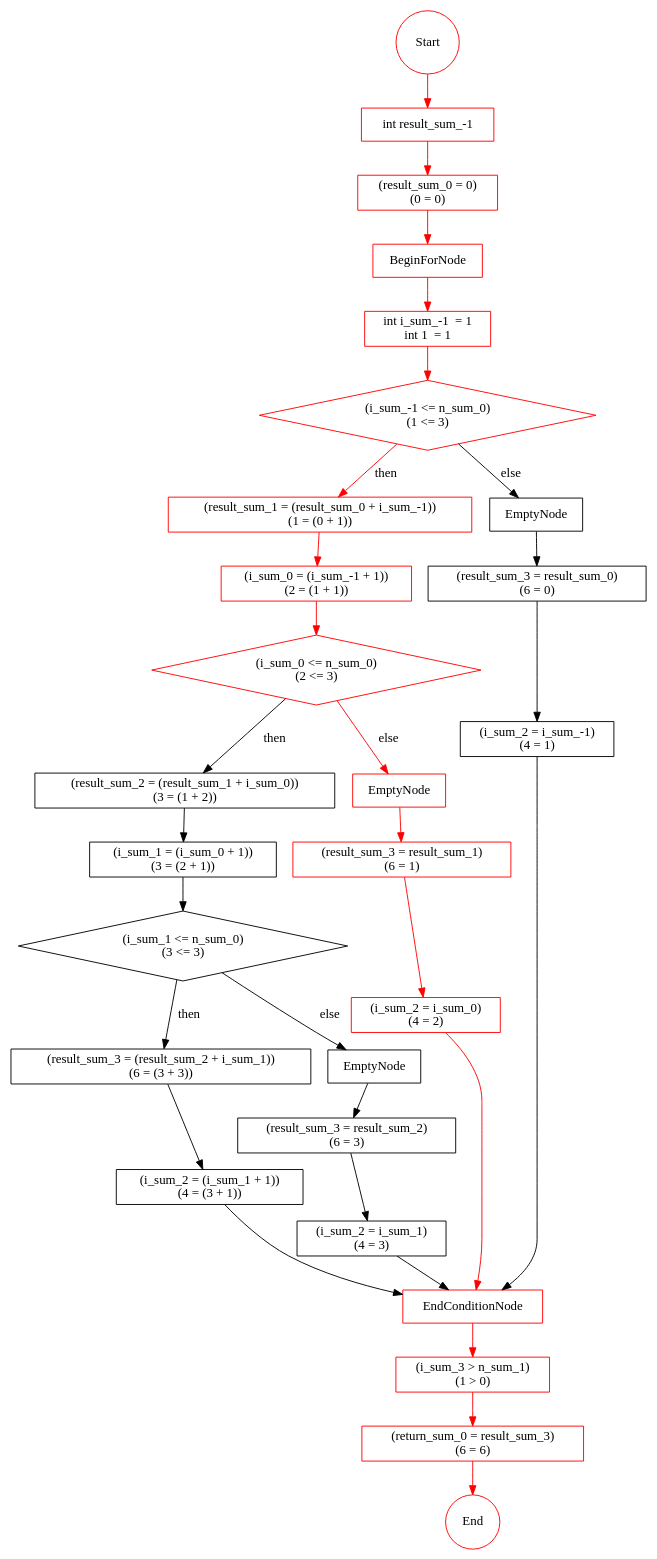
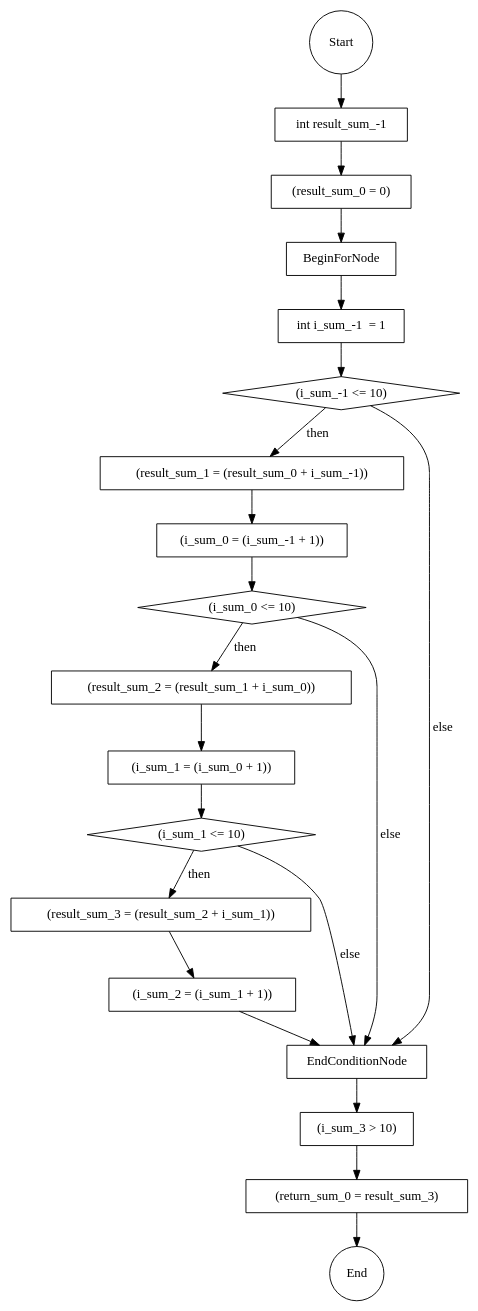
The diagram in graph.dot (vananhnt/Vtse-VerificationTool), drawn with Graphviz before and after one commit. The commit also changed 2 other files, not shown here.

```diff
--- a/graph.dot
+++ b/graph.dot
@@ -1,145 +1,55 @@
 strict digraph {
 Start[label="Start" shape=circle];
-"Start" -> "int result_sum_-1 1724427546";
-"int result_sum_-1 1724427546" -> "(result_sum_0 = 0)999502537";
-"int result_sum_-1 1724427546" [ label="int result_sum_-1 " shape=rectangle];
-"(result_sum_0 = 0)999502537" [ label="(result_sum_0 = 0)
-(0 = 0)" shape=rectangle];
-"(result_sum_0 = 0)999502537" -> "939811291";
-"(result_sum_0 = 0)999502537" [ label="(result_sum_0 = 0)
-(0 = 0)" shape=rectangle];
-"939811291" [ label="BeginForNode" shape=rectangle];
-"939811291" -> "int i_sum_-1  = 1785611321";
-"939811291" [ label="BeginForNode" shape=rectangle];
-"int i_sum_-1  = 1785611321" [ label="int i_sum_-1  = 1
-int 1  = 1" shape=rectangle];
-"int i_sum_-1  = 1785611321" -> "(i_sum_-1 <= n_sum_0)231776900";
-"int i_sum_-1  = 1785611321" [ label="int i_sum_-1  = 1
-int 1  = 1" shape=rectangle];
-"(i_sum_-1 <= n_sum_0)231776900" [ label="(i_sum_-1 <= n_sum_0)
-(1 <= 3)" shape=rectangle];
-"(i_sum_-1 <= n_sum_0)231776900" [ shape=diamond ];
-"(i_sum_-1 <= n_sum_0)231776900" -> "(result_sum_1 = (result_sum_0 + i_sum_-1))804768909"[ label="then" ];
-"(result_sum_1 = (result_sum_0 + i_sum_-1))804768909" -> "(i_sum_0 = (i_sum_-1 + 1))887515665";
-"(result_sum_1 = (result_sum_0 + i_sum_-1))804768909" [ label="(result_sum_1 = (result_sum_0 + i_sum_-1))
-(1 = (0 + 1))" shape=rectangle];
-"(i_sum_0 = (i_sum_-1 + 1))887515665" [ label="(i_sum_0 = (i_sum_-1 + 1))
-(2 = (1 + 1))" shape=rectangle];
-"(i_sum_0 = (i_sum_-1 + 1))887515665" -> "(i_sum_0 <= n_sum_0)22137862";
-"(i_sum_0 = (i_sum_-1 + 1))887515665" [ label="(i_sum_0 = (i_sum_-1 + 1))
-(2 = (1 + 1))" shape=rectangle];
-"(i_sum_0 <= n_sum_0)22137862" [ label="(i_sum_0 <= n_sum_0)
-(2 <= 3)" shape=rectangle];
-"(i_sum_0 <= n_sum_0)22137862" [ shape=diamond ];
-"(i_sum_0 <= n_sum_0)22137862" -> "(result_sum_2 = (result_sum_1 + i_sum_0))161319466"[ label="then" ];
-"(result_sum_2 = (result_sum_1 + i_sum_0))161319466" -> "(i_sum_1 = (i_sum_0 + 1))404732976";
-"(result_sum_2 = (result_sum_1 + i_sum_0))161319466" [ label="(result_sum_2 = (result_sum_1 + i_sum_0))
-(3 = (1 + 2))" shape=rectangle];
-"(i_sum_1 = (i_sum_0 + 1))404732976" [ label="(i_sum_1 = (i_sum_0 + 1))
-(3 = (2 + 1))" shape=rectangle];
-"(i_sum_1 = (i_sum_0 + 1))404732976" -> "(i_sum_1 <= n_sum_0)523168704";
-"(i_sum_1 = (i_sum_0 + 1))404732976" [ label="(i_sum_1 = (i_sum_0 + 1))
-(3 = (2 + 1))" shape=rectangle];
-"(i_sum_1 <= n_sum_0)523168704" [ label="(i_sum_1 <= n_sum_0)
-(3 <= 3)" shape=rectangle];
-"(i_sum_1 <= n_sum_0)523168704" [ shape=diamond ];
-"(i_sum_1 <= n_sum_0)523168704" -> "(result_sum_3 = (result_sum_2 + i_sum_1))277886431"[ label="then" ];
-"(result_sum_3 = (result_sum_2 + i_sum_1))277886431" -> "(i_sum_2 = (i_sum_1 + 1))1975066941";
-"(result_sum_3 = (result_sum_2 + i_sum_1))277886431" [ label="(result_sum_3 = (result_sum_2 + i_sum_1))
-(6 = (3 + 3))" shape=rectangle];
-"(i_sum_2 = (i_sum_1 + 1))1975066941" [ label="(i_sum_2 = (i_sum_1 + 1))
-(4 = (3 + 1))" shape=rectangle];
-"(i_sum_2 = (i_sum_1 + 1))1975066941" -> "279117190";
-"(i_sum_2 = (i_sum_1 + 1))1975066941" [ label="(i_sum_2 = (i_sum_1 + 1))
-(4 = (3 + 1))" shape=rectangle];
-"279117190" [ label="EndConditionNode" shape=rectangle];
-"(i_sum_1 <= n_sum_0)523168704" -> "320117797"[ label="else" ];
-"320117797" -> "(result_sum_3 = result_sum_2)879935364";
-"320117797" [ label="EmptyNode" shape=rectangle];
-"(result_sum_3 = result_sum_2)879935364" [ label="(result_sum_3 = result_sum_2)
-(6 = 3)" shape=rectangle];
-"(result_sum_3 = result_sum_2)879935364" -> "(i_sum_2 = i_sum_1)1015317708";
-"(result_sum_3 = result_sum_2)879935364" [ label="(result_sum_3 = result_sum_2)
-(6 = 3)" shape=rectangle];
-"(i_sum_2 = i_sum_1)1015317708" [ label="(i_sum_2 = i_sum_1)
-(4 = 3)" shape=rectangle];
-"(i_sum_2 = i_sum_1)1015317708" -> "279117190";
-"(i_sum_2 = i_sum_1)1015317708" [ label="(i_sum_2 = i_sum_1)
-(4 = 3)" shape=rectangle];
-"279117190" [ label="EndConditionNode" shape=rectangle];
-"(i_sum_0 <= n_sum_0)22137862" -> "1183318274"[ label="else" ];
-"1183318274" -> "(result_sum_3 = result_sum_1)1909086274";
-"1183318274" [ label="EmptyNode" shape=rectangle];
-"(result_sum_3 = result_sum_1)1909086274" [ label="(result_sum_3 = result_sum_1)
-(6 = 1)" shape=rectangle];
-"(result_sum_3 = result_sum_1)1909086274" -> "(i_sum_2 = i_sum_0)1348814688";
-"(result_sum_3 = result_sum_1)1909086274" [ label="(result_sum_3 = result_sum_1)
-(6 = 1)" shape=rectangle];
-"(i_sum_2 = i_sum_0)1348814688" [ label="(i_sum_2 = i_sum_0)
-(4 = 2)" shape=rectangle];
-"(i_sum_2 = i_sum_0)1348814688" -> "279117190";
-"(i_sum_2 = i_sum_0)1348814688" [ label="(i_sum_2 = i_sum_0)
-(4 = 2)" shape=rectangle];
-"279117190" [ label="EndConditionNode" shape=rectangle];
-"(i_sum_-1 <= n_sum_0)231776900" -> "1222576964"[ label="else" ];
-"1222576964" -> "(result_sum_3 = result_sum_0)1322881868";
-"1222576964" [ label="EmptyNode" shape=rectangle];
-"(result_sum_3 = result_sum_0)1322881868" [ label="(result_sum_3 = result_sum_0)
-(6 = 0)" shape=rectangle];
-"(result_sum_3 = result_sum_0)1322881868" -> "(i_sum_2 = i_sum_-1)1844628125";
-"(result_sum_3 = result_sum_0)1322881868" [ label="(result_sum_3 = result_sum_0)
-(6 = 0)" shape=rectangle];
-"(i_sum_2 = i_sum_-1)1844628125" [ label="(i_sum_2 = i_sum_-1)
-(4 = 1)" shape=rectangle];
-"(i_sum_2 = i_sum_-1)1844628125" -> "279117190";
-"(i_sum_2 = i_sum_-1)1844628125" [ label="(i_sum_2 = i_sum_-1)
-(4 = 1)" shape=rectangle];
-"279117190" [ label="EndConditionNode" shape=rectangle];
-"279117190" -> "(i_sum_3 > n_sum_1)2017092793";
-"279117190" [ label="EndConditionNode" shape=rectangle];
-"(i_sum_3 > n_sum_1)2017092793" [ label="(i_sum_3 > n_sum_1)
-(1 > 0)" shape=rectangle];
-"(i_sum_3 > n_sum_1)2017092793" -> "(return_sum_0 = result_sum_3)1771407532";
-"(i_sum_3 > n_sum_1)2017092793" [ label="(i_sum_3 > n_sum_1)
-(1 > 0)" shape=rectangle];
-"(return_sum_0 = result_sum_3)1771407532" [ label="(return_sum_0 = result_sum_3)
-(6 = 6)" shape=rectangle];
-"(return_sum_0 = result_sum_3)1771407532" -> "1427766378";
-"(return_sum_0 = result_sum_3)1771407532" [ label="(return_sum_0 = result_sum_3)
-(6 = 6)" shape=rectangle];
-"1427766378" [ label="" shape=rectangle];
-"1427766378" [ label= "End" shape=circle];
+"Start" -> "int result_sum_-1 1253906438";
+"int result_sum_-1 1253906438" -> "(result_sum_0 = 0)1952767373";
+"int result_sum_-1 1253906438" [ label="int result_sum_-1 " shape=rectangle];
+"(result_sum_0 = 0)1952767373" [ label="(result_sum_0 = 0)" shape=rectangle];
+"(result_sum_0 = 0)1952767373" -> "1811177923";
+"(result_sum_0 = 0)1952767373" [ label="(result_sum_0 = 0)" shape=rectangle];
+"1811177923" [ label="BeginForNode" shape=rectangle];
+"1811177923" -> "int i_sum_-1  = 12037561753";
+"1811177923" [ label="BeginForNode" shape=rectangle];
+"int i_sum_-1  = 12037561753" [ label="int i_sum_-1  = 1" shape=rectangle];
+"int i_sum_-1  = 12037561753" -> "(i_sum_-1 <= 10)1529734041";
+"int i_sum_-1  = 12037561753" [ label="int i_sum_-1  = 1" shape=rectangle];
+"(i_sum_-1 <= 10)1529734041" [ label="(i_sum_-1 <= 10)" shape=rectangle];
+"(i_sum_-1 <= 10)1529734041" [ shape=diamond ];
+"(i_sum_-1 <= 10)1529734041" -> "(result_sum_1 = (result_sum_0 + i_sum_-1))158848452"[ label="then" ];
+"(result_sum_1 = (result_sum_0 + i_sum_-1))158848452" -> "(i_sum_0 = (i_sum_-1 + 1))1095059280";
+"(result_sum_1 = (result_sum_0 + i_sum_-1))158848452" [ label="(result_sum_1 = (result_sum_0 + i_sum_-1))" shape=rectangle];
+"(i_sum_0 = (i_sum_-1 + 1))1095059280" [ label="(i_sum_0 = (i_sum_-1 + 1))" shape=rectangle];
+"(i_sum_0 = (i_sum_-1 + 1))1095059280" -> "(i_sum_0 <= 10)756514960";
+"(i_sum_0 = (i_sum_-1 + 1))1095059280" [ label="(i_sum_0 = (i_sum_-1 + 1))" shape=rectangle];
+"(i_sum_0 <= 10)756514960" [ label="(i_sum_0 <= 10)" shape=rectangle];
+"(i_sum_0 <= 10)756514960" [ shape=diamond ];
+"(i_sum_0 <= 10)756514960" -> "(result_sum_2 = (result_sum_1 + i_sum_0))420646784"[ label="then" ];
+"(result_sum_2 = (result_sum_1 + i_sum_0))420646784" -> "(i_sum_1 = (i_sum_0 + 1))788312211";
+"(result_sum_2 = (result_sum_1 + i_sum_0))420646784" [ label="(result_sum_2 = (result_sum_1 + i_sum_0))" shape=rectangle];
+"(i_sum_1 = (i_sum_0 + 1))788312211" [ label="(i_sum_1 = (i_sum_0 + 1))" shape=rectangle];
+"(i_sum_1 = (i_sum_0 + 1))788312211" -> "(i_sum_1 <= 10)1172839899";
+"(i_sum_1 = (i_sum_0 + 1))788312211" [ label="(i_sum_1 = (i_sum_0 + 1))" shape=rectangle];
+"(i_sum_1 <= 10)1172839899" [ label="(i_sum_1 <= 10)" shape=rectangle];
+"(i_sum_1 <= 10)1172839899" [ shape=diamond ];
+"(i_sum_1 <= 10)1172839899" -> "(result_sum_3 = (result_sum_2 + i_sum_1))1424627446"[ label="then" ];
+"(result_sum_3 = (result_sum_2 + i_sum_1))1424627446" -> "(i_sum_2 = (i_sum_1 + 1))1502211428";
+"(result_sum_3 = (result_sum_2 + i_sum_1))1424627446" [ label="(result_sum_3 = (result_sum_2 + i_sum_1))" shape=rectangle];
+"(i_sum_2 = (i_sum_1 + 1))1502211428" [ label="(i_sum_2 = (i_sum_1 + 1))" shape=rectangle];
+"(i_sum_2 = (i_sum_1 + 1))1502211428" -> "314222318";
+"(i_sum_2 = (i_sum_1 + 1))1502211428" [ label="(i_sum_2 = (i_sum_1 + 1))" shape=rectangle];
+"314222318" [ label="EndConditionNode" shape=rectangle];
+"(i_sum_1 <= 10)1172839899" -> "314222318"[ label="else" ];
+"(i_sum_0 <= 10)756514960" -> "314222318"[ label="else" ];
+"(i_sum_-1 <= 10)1529734041" -> "314222318"[ label="else" ];
+"314222318" -> "(i_sum_3 > 10)389642151";
+"314222318" [ label="EndConditionNode" shape=rectangle];
+"(i_sum_3 > 10)389642151" [ label="(i_sum_3 > 10)" shape=rectangle];
+"(i_sum_3 > 10)389642151" -> "(return_sum_0 = result_sum_3)333483536";
+"(i_sum_3 > 10)389642151" [ label="(i_sum_3 > 10)" shape=rectangle];
+"(return_sum_0 = result_sum_3)333483536" [ label="(return_sum_0 = result_sum_3)" shape=rectangle];
+"(return_sum_0 = result_sum_3)333483536" -> "93631429";
+"(return_sum_0 = result_sum_3)333483536" [ label="(return_sum_0 = result_sum_3)" shape=rectangle];
+"93631429" [ label="" shape=rectangle];
+"93631429" [ label= "End" shape=circle];
 Start[label="Start" shape=circle];
-"Start" -> "int result_sum_-1 1724427546";
-Start[label="Start" shape=circle color=red];
-"Start" -> "int result_sum_-1 1724427546" [ color="red"];
-"int result_sum_-1 1724427546" [ color="red"];
-"(result_sum_0 = 0)999502537" [ color="red"];
-"939811291" [ color="red"];
-"int i_sum_-1  = 1785611321" [ color="red"];
-"(i_sum_-1 <= n_sum_0)231776900" [ color="red"];
-"(result_sum_1 = (result_sum_0 + i_sum_-1))804768909" [ color="red"];
-"(i_sum_0 = (i_sum_-1 + 1))887515665" [ color="red"];
-"(i_sum_0 <= n_sum_0)22137862" [ color="red"];
-"1183318274" [ color="red"];
-"(result_sum_3 = result_sum_1)1909086274" [ color="red"];
-"(i_sum_2 = i_sum_0)1348814688" [ color="red"];
-"279117190" [ color="red"];
-"(i_sum_3 > n_sum_1)2017092793" [ color="red"];
-"(return_sum_0 = result_sum_3)1771407532" [ color="red"];
-"1427766378" [ color="red"];
-"int result_sum_-1 1724427546" -> "(result_sum_0 = 0)999502537" [ color="red"];
-"(result_sum_0 = 0)999502537" -> "939811291" [ color="red"];
-"939811291" -> "int i_sum_-1  = 1785611321" [ color="red"];
-"int i_sum_-1  = 1785611321" -> "(i_sum_-1 <= n_sum_0)231776900" [ color="red"];
-"(i_sum_-1 <= n_sum_0)231776900" -> "(result_sum_1 = (result_sum_0 + i_sum_-1))804768909" [ color="red"];
-"(result_sum_1 = (result_sum_0 + i_sum_-1))804768909" -> "(i_sum_0 = (i_sum_-1 + 1))887515665" [ color="red"];
-"(i_sum_0 = (i_sum_-1 + 1))887515665" -> "(i_sum_0 <= n_sum_0)22137862" [ color="red"];
-"(i_sum_0 <= n_sum_0)22137862" -> "1183318274" [ color="red"];
-"1183318274" -> "(result_sum_3 = result_sum_1)1909086274" [ color="red"];
-"(result_sum_3 = result_sum_1)1909086274" -> "(i_sum_2 = i_sum_0)1348814688" [ color="red"];
-"(i_sum_2 = i_sum_0)1348814688" -> "279117190" [ color="red"];
-"279117190" -> "(i_sum_3 > n_sum_1)2017092793" [ color="red"];
-"(i_sum_3 > n_sum_1)2017092793" -> "(return_sum_0 = result_sum_3)1771407532" [ color="red"];
-"(return_sum_0 = result_sum_3)1771407532" -> "1427766378" [ color="red"];
+"Start" -> "int result_sum_-1 1253906438";
 }
```
